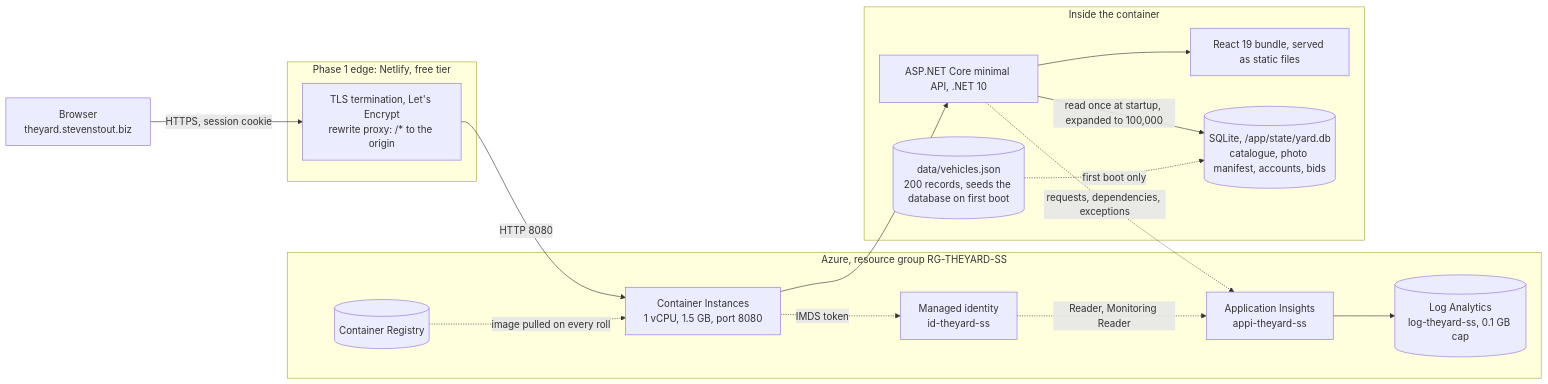
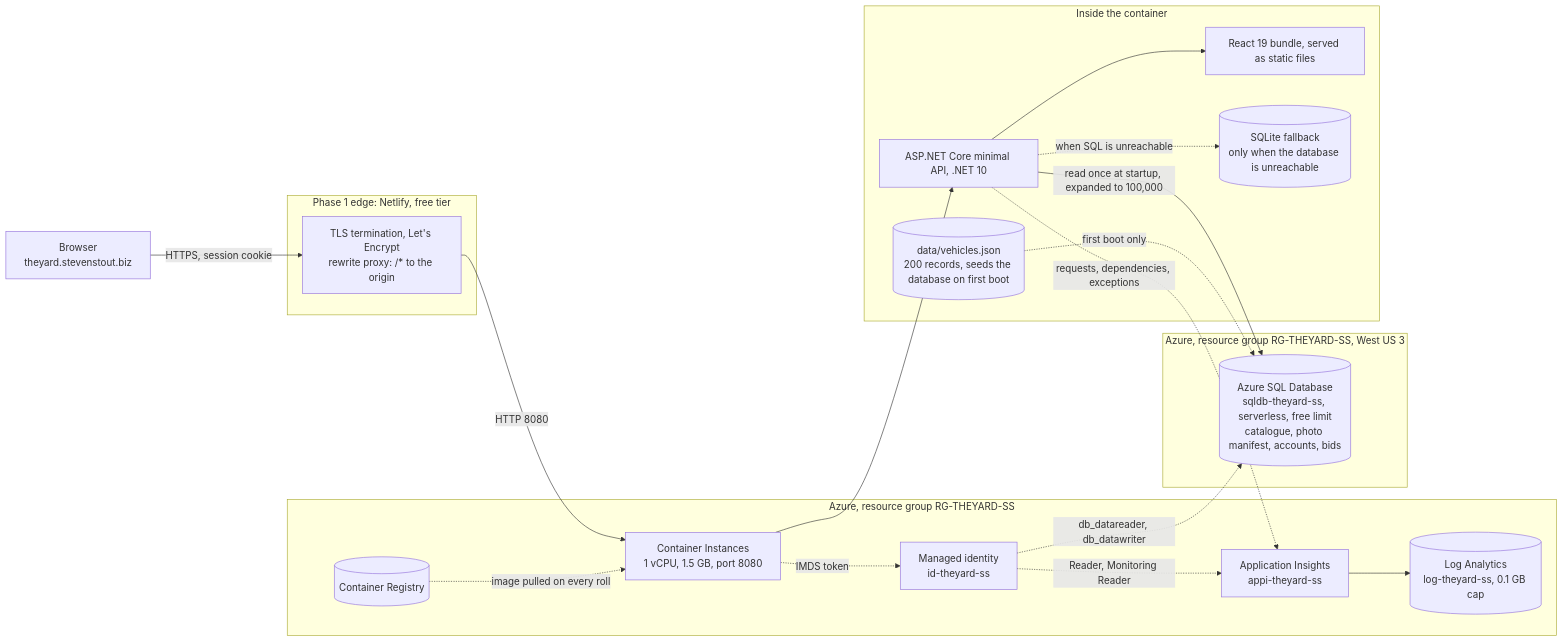
Before and after one commit to SteveStout/TheYard: the first of 3 diagrams in docs/ARCHITECTURE.md, drawn with Mermaid. The commit also changed other lines of this file and 48 other files, not shown here.

First line of the commit message:
A SQL Server backend, and a database that is source controlled

````diff
--- a/docs/ARCHITECTURE.md
+++ b/docs/ARCHITECTURE.md
@@ -25,35 +25,41 @@
 ```mermaid
 flowchart LR
   B["Browser<br/>theyard.stevenstout.biz"]
 
   subgraph edge["Phase 1 edge: Netlify, free tier"]
     TLS["TLS termination, Let's Encrypt<br/>rewrite proxy: /* to the origin"]
   end
 
   subgraph azure["Azure, resource group RG-THEYARD-SS"]
     ACI["Container Instances<br/>1 vCPU, 1.5 GB, port 8080"]
     ACR[("Container Registry")]
     MI["Managed identity<br/>id-theyard-ss"]
     AI["Application Insights<br/>appi-theyard-ss"]
     LAW[("Log Analytics<br/>log-theyard-ss, 0.1 GB cap")]
   end
 
+  subgraph sql["Azure, resource group RG-THEYARD-SS, West US 3"]
+    SQL[("Azure SQL Database<br/>sqldb-theyard-ss, serverless, free limit<br/>catalogue, photo manifest, accounts, bids")]
+  end
+
   subgraph box["Inside the container"]
     API["ASP.NET Core minimal API, .NET 10"]
     SPA["React 19 bundle, served as static files"]
     SEED[("data/vehicles.json<br/>200 records, seeds the database on first boot")]
-    DB[("SQLite, /app/state/yard.db<br/>catalogue, photo manifest, accounts, bids")]
+    FILE[("SQLite fallback<br/>only when the database is unreachable")]
   end
 
   B -->|HTTPS, session cookie| TLS
   TLS -->|HTTP 8080| ACI
   ACI --> API
   API --> SPA
-  API -->|read once at startup, expanded to 100,000| DB
-  SEED -.->|first boot only| DB
+  API -->|read once at startup, expanded to 100,000| SQL
+  API -.->|when SQL is unreachable| FILE
+  MI -.->|db_datareader, db_datawriter| SQL
+  SEED -.->|first boot only| SQL
   ACR -.->|image pulled on every roll| ACI
   ACI -.->|IMDS token| MI
   MI -.->|Reader, Monitoring Reader| AI
   API -.->|requests, dependencies, exceptions| AI
   AI --> LAW
 ```
````
